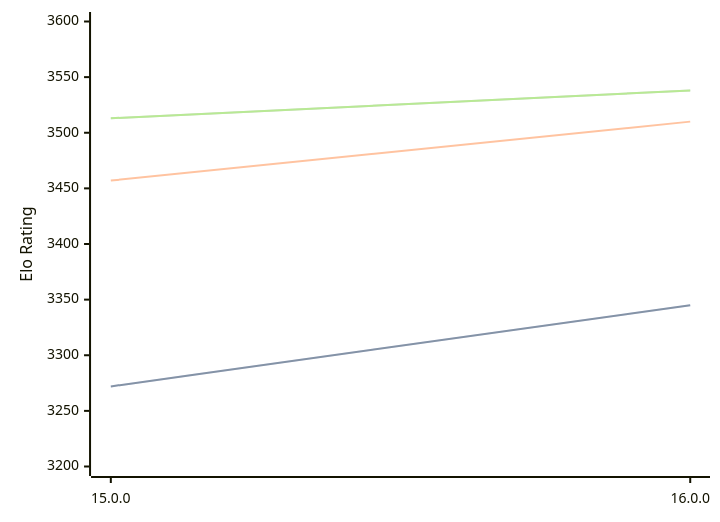
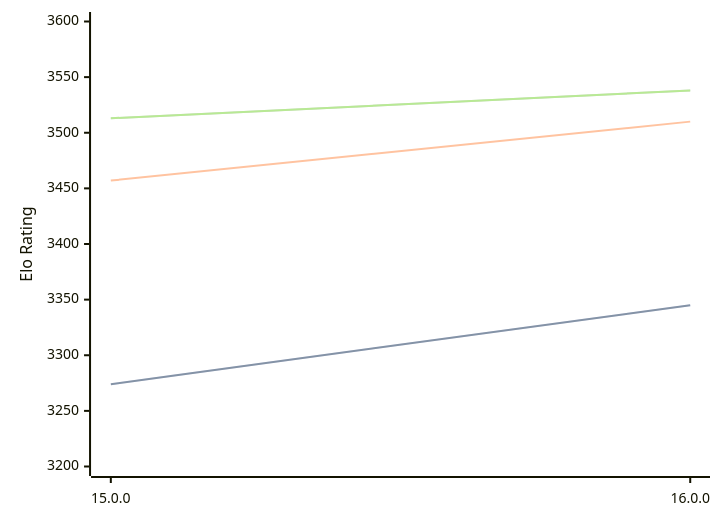
Before and after one commit to computer-chess-index/cci: the diagram in engines/Halogen.md, drawn with Mermaid. The commit also changed other lines of this file, not shown here.

````diff
--- a/engines/Halogen.md
+++ b/engines/Halogen.md
@@ -50,11 +50,11 @@
 ```mermaid
 %%{init: {"theme":"base","themeVariables":{"seriesColors:['#a3a3a3','#222221','#faa371']}}}%%
 xychart-beta
   x-axis ["15.0.0", "16.0.0"]
   y-axis "Elo Rating" 3200 --> 3600
-  line "STC (8.0+0.08s)" [3272, 3345]
-  line "STC (8.0+0.08s)" [3272, 3345]
+  line "STC (8.0+0.08s)" [3274, 3345]
+  line "STC (8.0+0.08s)" [3274, 3345]
   line "LTC (60.0+0.60s)" [3457, 3510]
   line "VLTC (2m24s+1.12s)" [3513, 3538]
   line "VLTC (2m24s+1.12s)" [3513, 3538]
 ```
````
